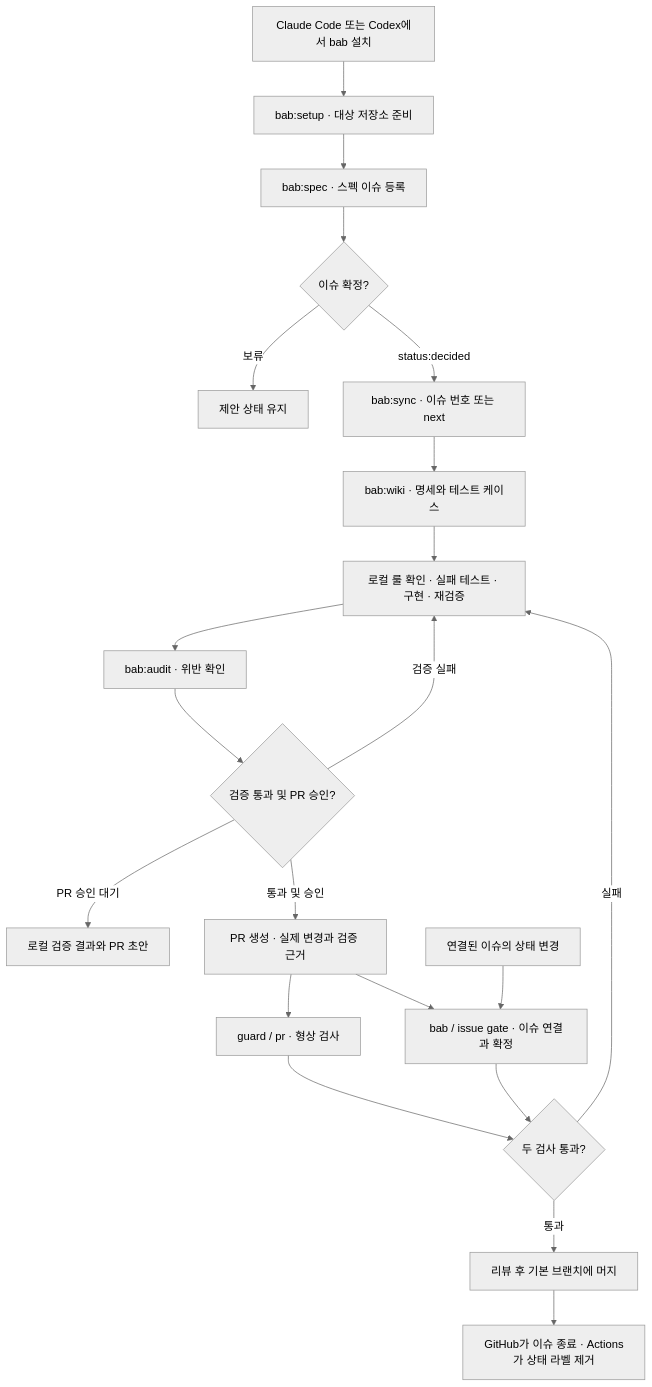
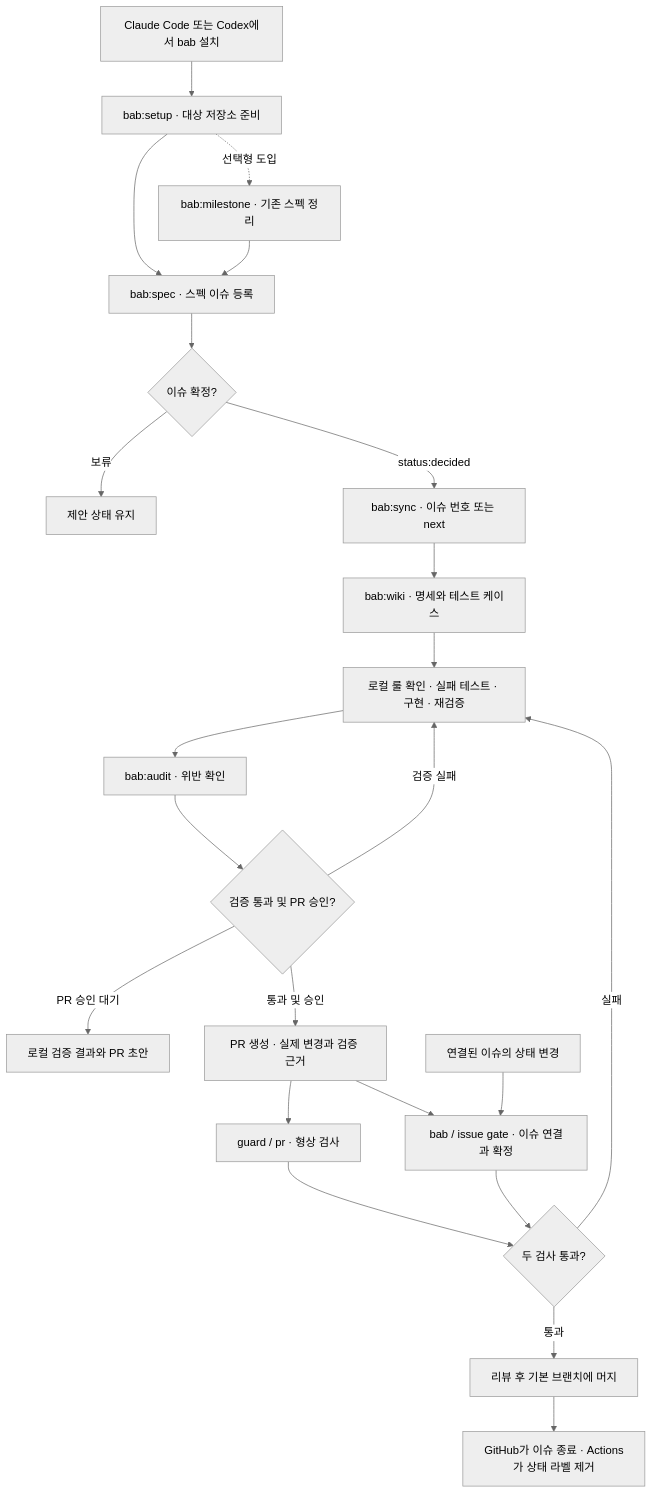
One commit to freevue/bab-skill changed the diagram in docs/workflow.md. Above: the diagram before and after it, drawn with Mermaid (neutral theme). The commit also changed other lines of this file and 40 other files, not shown here.

````diff
--- a/docs/workflow.md
+++ b/docs/workflow.md
@@ -33,23 +39,25 @@
 ```mermaid
 flowchart TD
   install["Claude Code 또는 Codex에서 bab 설치"] --> setup["bab:setup · 대상 저장소 준비"]
   setup --> spec["bab:spec · 스펙 이슈 등록"]
+  setup -. 선택형 도입 .-> milestone["bab:milestone · 기존 스펙 정리"]
+  milestone --> spec
   spec --> decide{"이슈 확정?"}
   decide -->|보류| proposed["제안 상태 유지"]
   decide -->|status:decided| sync["bab:sync · 이슈 번호 또는 next"]
   sync --> wiki["bab:wiki · 명세와 테스트 케이스"]
   wiki --> implementation["로컬 룰 확인 · 실패 테스트 · 구현 · 재검증"]
   implementation --> audit["bab:audit · 위반 확인"]
   audit --> publish{"검증 통과 및 PR 승인?"}
   publish -->|검증 실패| implementation
   publish -->|PR 승인 대기| local["로컬 검증 결과와 PR 초안"]
   publish -->|통과 및 승인| pr["PR 생성 · 실제 변경과 검증 근거"]
   pr --> shape["guard / pr · 형상 검사"]
   pr --> gate["bab / issue gate · 이슈 연결과 확정"]
   state["연결된 이슈의 상태 변경"] --> gate
   shape --> guard{"두 검사 통과?"}
   gate --> guard
   guard -->|실패| implementation
   guard -->|통과| review["리뷰 후 기본 브랜치에 머지"]
   review --> closed["GitHub가 이슈 종료 · Actions가 상태 라벨 제거"]
 ```
````
